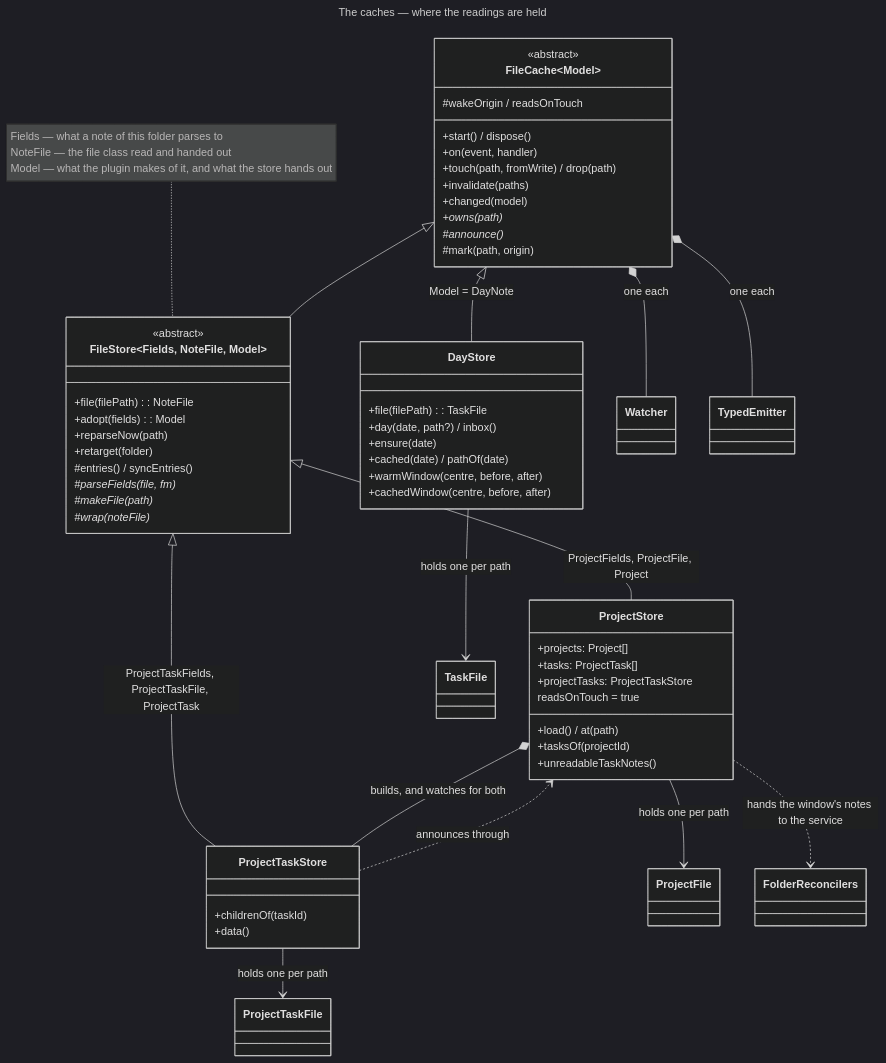
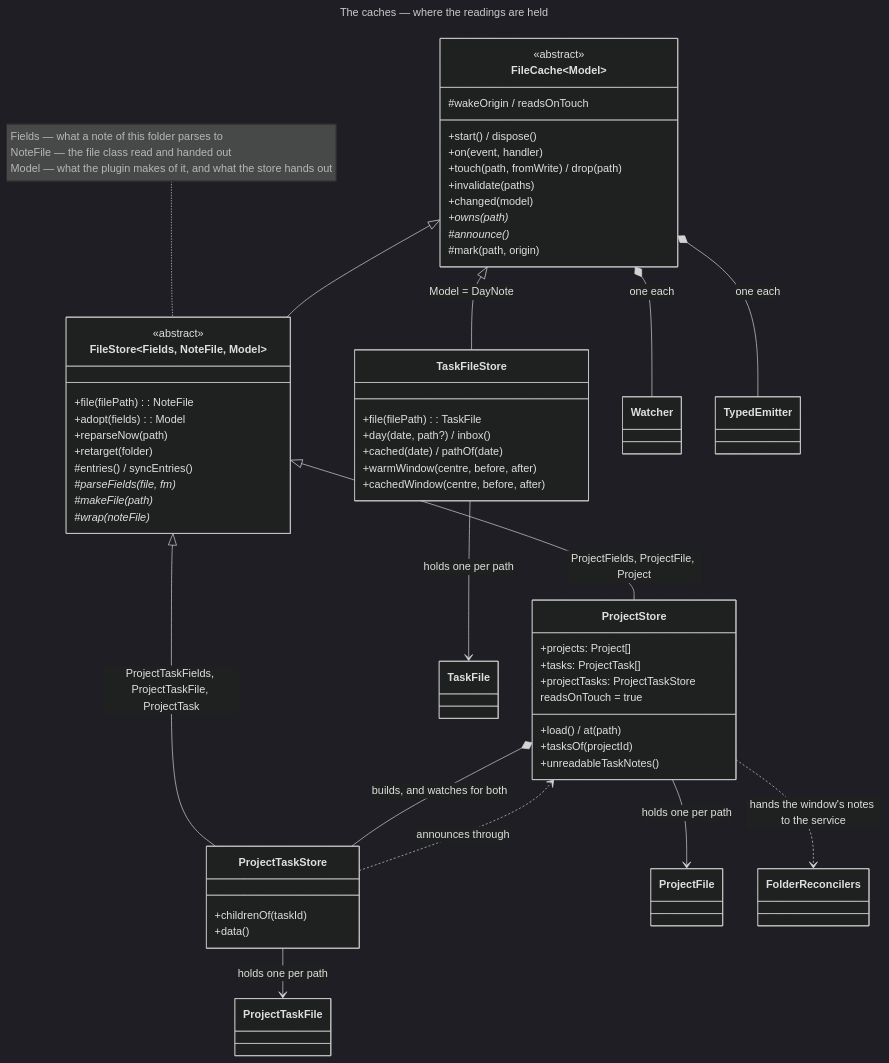
One commit to Laurent-Ferier/pm-compass changed the diagram in docs/technical/diagrams/stores.mmd. Above: the diagram before and after it, drawn with Mermaid (dark theme). The commit also changed 32 other files, not shown here.

```diff
--- a/docs/technical/diagrams/stores.mmd
+++ b/docs/technical/diagrams/stores.mmd
@@ -1,70 +1,69 @@
 ---
 title: The caches — where the readings are held
 ---
 classDiagram
   direction TB
 
   class FileCache~Model~ {
     <<abstract>>
     +start() / dispose()
     +on(event, handler)
     +touch(path, fromWrite) / drop(path)
     +invalidate(paths)
     +changed(model)
     +owns(path)*
     #announce()*
     #mark(path, origin)
     #wakeOrigin / readsOnTouch
   }
 
   class FileStore~Fields, NoteFile, Model~ {
     <<abstract>>
     +file(filePath): NoteFile
     +adopt(fields): Model
     +reparseNow(path)
     +retarget(folder)
     #entries() / syncEntries()
     #parseFields(file, fm)*
     #makeFile(path)*
     #wrap(noteFile)*
   }
 
   class ProjectStore {
     +projects: Project[]
     +tasks: ProjectTask[]
     +projectTasks: ProjectTaskStore
     +load() / at(path)
     +tasksOf(projectId)
     +unreadableTaskNotes()
     readsOnTouch = true
   }
 
   class ProjectTaskStore {
     +childrenOf(taskId)
     +data()
   }
 
-  class DayStore {
+  class TaskFileStore {
     +file(filePath): TaskFile
     +day(date, path?) / inbox()
-    +ensure(date)
     +cached(date) / pathOf(date)
     +warmWindow(centre, before, after)
     +cachedWindow(centre, before, after)
   }
 
   note for FileStore "Fields — what a note of this folder parses to<br/>NoteFile — the file class read and handed out<br/>Model — what the plugin makes of it, and what the store hands out"
 
   FileCache <|-- FileStore
-  FileCache <|-- DayStore : Model = DayNote
+  FileCache <|-- TaskFileStore : Model = DayNote
   FileStore <|-- ProjectStore : ProjectFields, ProjectFile, Project
   FileStore <|-- ProjectTaskStore : ProjectTaskFields, ProjectTaskFile, ProjectTask
 
   ProjectStore *-- ProjectTaskStore : builds, and watches for both
   FileCache *-- Watcher : one each
   FileCache *-- TypedEmitter : one each
   ProjectStore --> ProjectFile : holds one per path
   ProjectTaskStore --> ProjectTaskFile : holds one per path
-  DayStore --> TaskFile : holds one per path
+  TaskFileStore --> TaskFile : holds one per path
   ProjectTaskStore ..> ProjectStore : announces through
   ProjectStore ..> FolderReconcilers : hands the window's notes to the service
```
